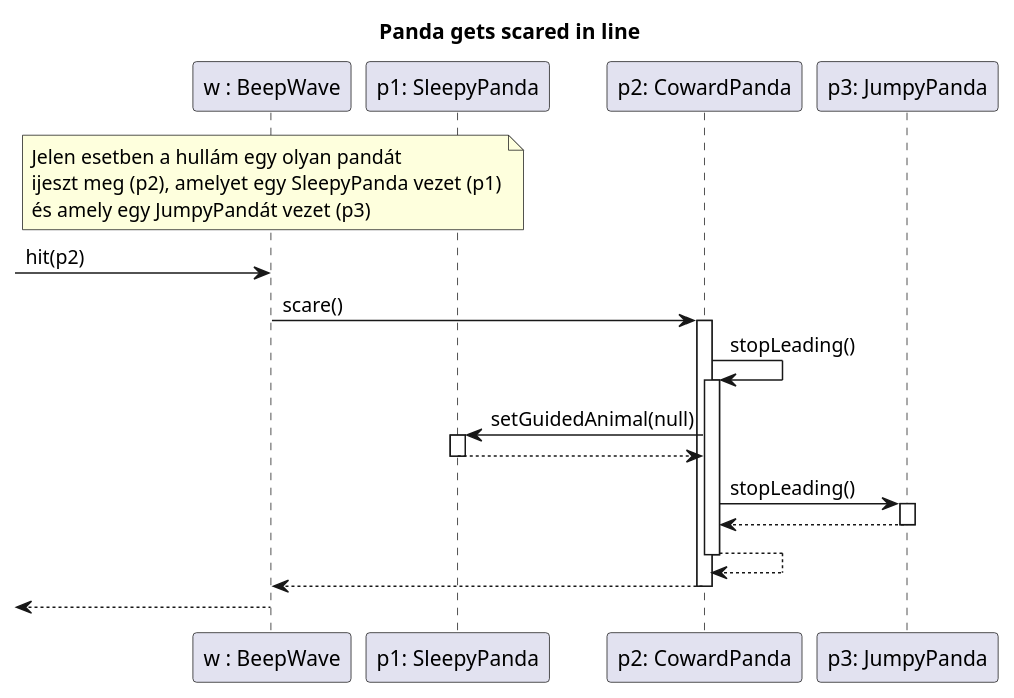
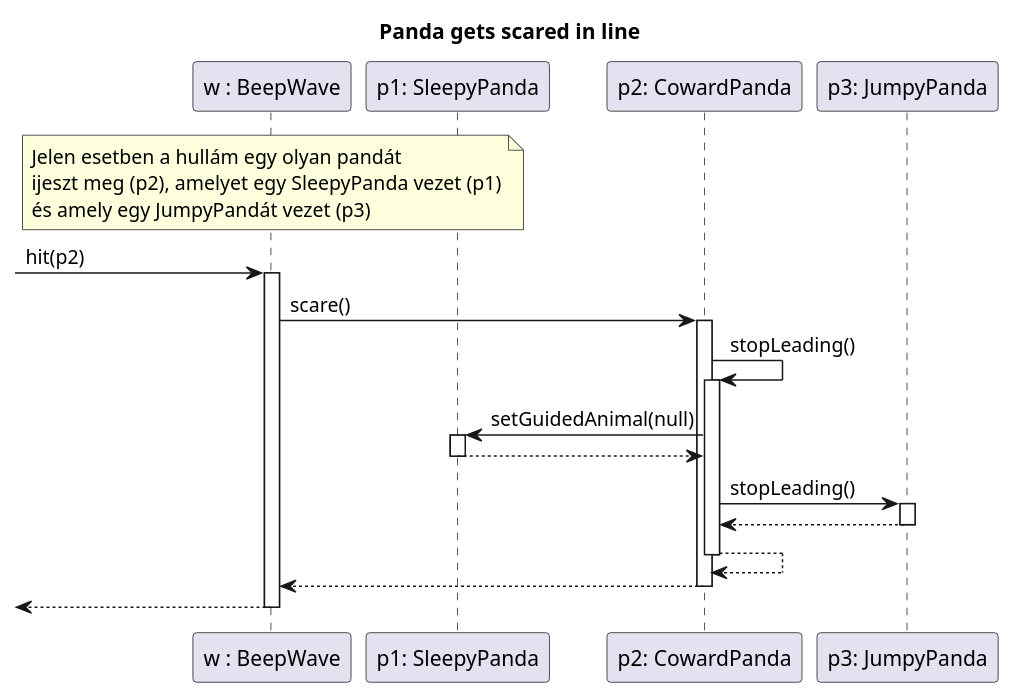
Before and after one commit to bokovhu/software-project-laboratory-assignment: the diagram in diagrams/skeleton_usecases/SequenceDiagram_UseCases_PandaGetsScarednLine.puml, drawn with PlantUML. The commit also changed 6 other files, not shown here.

```diff
--- a/diagrams/skeleton_usecases/SequenceDiagram_UseCases_PandaGetsScarednLine.puml
+++ b/diagrams/skeleton_usecases/SequenceDiagram_UseCases_PandaGetsScarednLine.puml
@@ -1,38 +1,39 @@
 @startuml
 title Panda gets scared in line
 
 participant "w : BeepWave" as w
 participant "p1: SleepyPanda" as p1
 participant "p2: CowardPanda" as p2
 participant "p3: JumpyPanda" as p3
 
 note over w
 Jelen esetben a hullám egy olyan pandát
 ijeszt meg (p2), amelyet egy SleepyPanda vezet (p1)
 és amely egy JumpyPandát vezet (p3)
 end note
 [->w: hit(p2)
-
+activate w
 
 
 w->p2 ++: scare()
 
 p2->p2 ++ : stopLeading()
 
 p2 -> p1 ++: setGuidedAnimal(null)
 p1-->p2 --
 
 
 p2 -> p3 ++: stopLeading()
 p3--> p2--
 
 
 
 
 p2-->p2 --
 
 p2-->w --
 
 
 [<-- w
+deactivate w
 @enduml
```
